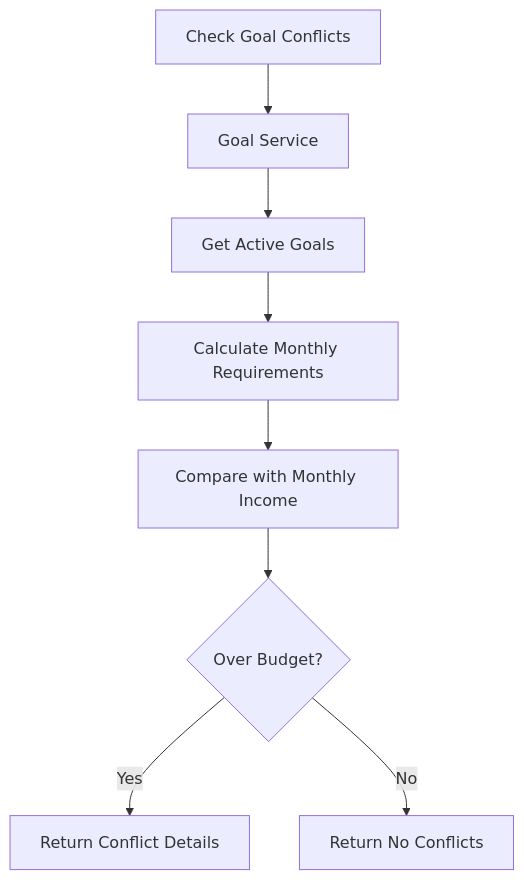
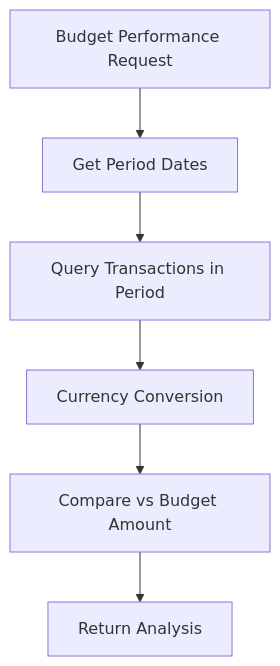
The fifth of 5 diagrams in BACKEND_ARCHITECTURE.md (azeema11/azerro_backend), drawn with Mermaid before and after one commit. The commit also changed other lines of this file and 20 other files, not shown here.

````diff
--- a/BACKEND_ARCHITECTURE.md
+++ b/BACKEND_ARCHITECTURE.md
@@ -590,10 +257,8 @@
 ```mermaid
 graph TD
-    A[Check Goal Conflicts] --> B[Goal Service]
-    B --> C[Get Active Goals]
-    C --> D[Calculate Monthly Requirements]
-    D --> E[Compare with Monthly Income]
-    E --> F{Over Budget?}
-    F -->|Yes| G[Return Conflict Details]
-    F -->|No| H[Return No Conflicts]
+    A[Budget Performance Request] --> B[Get Period Dates]
+    B --> C[Query Transactions in Period]
+    C --> D[Currency Conversion]
+    D --> E[Compare vs Budget Amount]
+    E --> F[Return Analysis]
 ```
````
